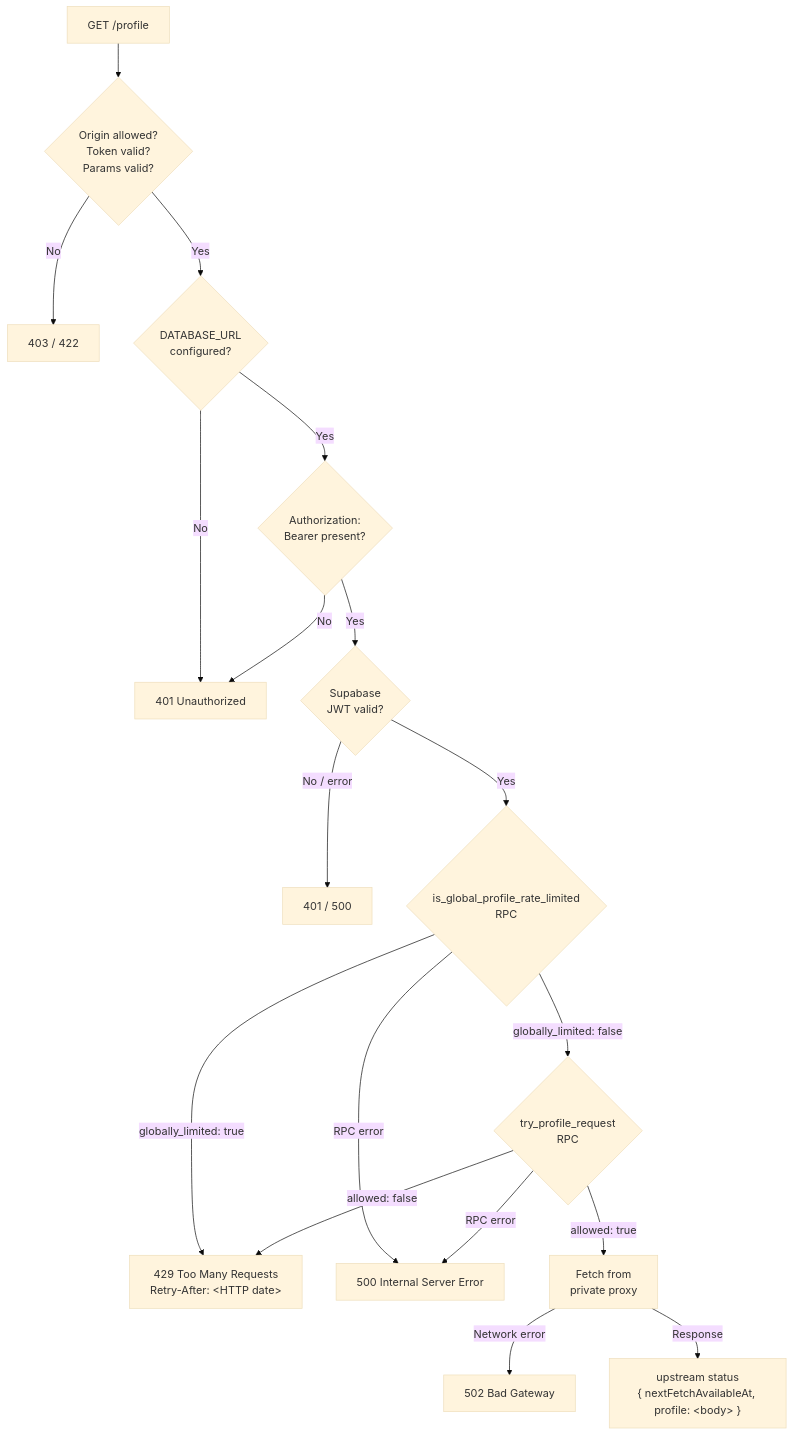
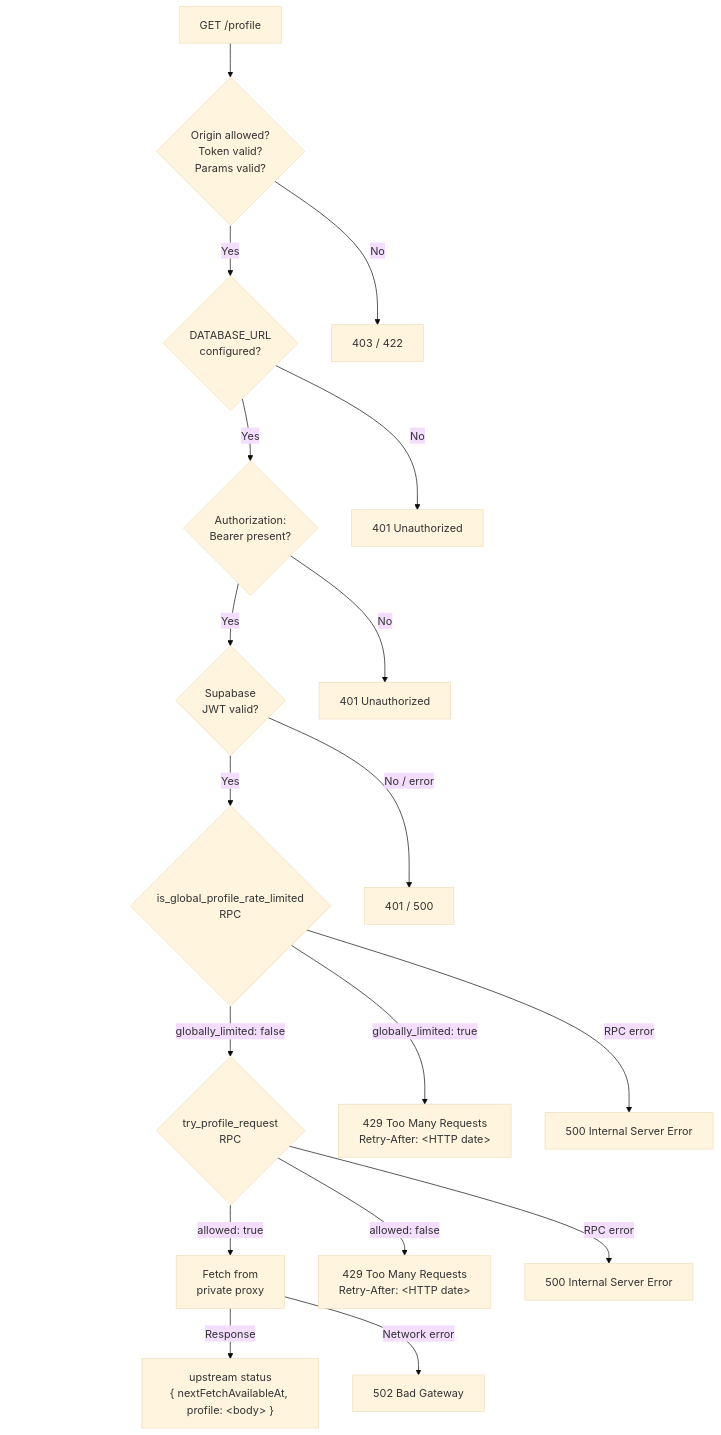
One commit to dsinn/warframe-api-front-proxy changed the diagram in README.md. Above: the diagram before and after it, drawn with Mermaid (base theme).

Commit message:
Straighten out Mermaid diagram

````diff
--- a/README.md
+++ b/README.md
@@ -35,20 +35,32 @@
 ```mermaid
 flowchart TD
+    %% Hack: Blank "spacer" nodes (s1...) sit left of each happy-path node so that it is the median child of its parent,
+    %% which keeps the happy path in a straight-ish vertical line with the error nodes to its right.
     A[GET /profile] --> B{Origin allowed?<br/>Token valid?<br/>Params valid?}
+    B ~~~ s1[" "]:::spacer
+    B -->|Yes| D{DATABASE_URL<br/>configured?}
     B -->|No| C[403 / 422]
-    B -->|Yes| D{DATABASE_URL<br/>configured?}
-    D -->|No| E[401 Unauthorized]
+    D ~~~ s2[" "]:::spacer
     D -->|Yes| F{Authorization:<br/>Bearer present?}
-    F -->|No| E
+    D -->|No| E1[401 Unauthorized]
+    F ~~~ s3[" "]:::spacer
     F -->|Yes| G{Supabase<br/>JWT valid?}
+    F -->|No| E2[401 Unauthorized]
+    G ~~~ s4[" "]:::spacer
+    G -->|Yes| J{is_global_profile_rate_limited<br/>RPC}
     G -->|No / error| H[401 / 500]
-    G -->|Yes| J{is_global_profile_rate_limited<br/>RPC}
-    J -->|globally_limited: true| K["429 Too Many Requests<br/>Retry-After: &lt;HTTP date&gt;"]
-    J -->|RPC error| L[500 Internal Server Error]
+    J ~~~ s5[" "]:::spacer
+    J ~~~ s6[" "]:::spacer
     J -->|globally_limited: false| N{try_profile_request<br/>RPC}
-    N -->|allowed: false| K
-    N -->|RPC error| L
+    J -->|globally_limited: true| K1["429 Too Many Requests<br/>Retry-After: &lt;HTTP date&gt;"]
+    J -->|RPC error| L1[500 Internal Server Error]
+    N ~~~ s7[" "]:::spacer
+    N ~~~ s8[" "]:::spacer
     N -->|allowed: true| I[Fetch from<br/>private proxy]
+    N -->|allowed: false| K2["429 Too Many Requests<br/>Retry-After: &lt;HTTP date&gt;"]
+    N -->|RPC error| L2[500 Internal Server Error]
+    I ~~~ s9[" "]:::spacer
+    I -->|Response| P["upstream status<br/>{ nextFetchAvailableAt, profile: &lt;body&gt; }"]
     I -->|Network error| M[502 Bad Gateway]
-    I -->|Response| P["upstream status<br/>{ nextFetchAvailableAt, profile: &lt;body&gt; }"]
+    classDef spacer fill:none,stroke:none,color:transparent
 ```
````
